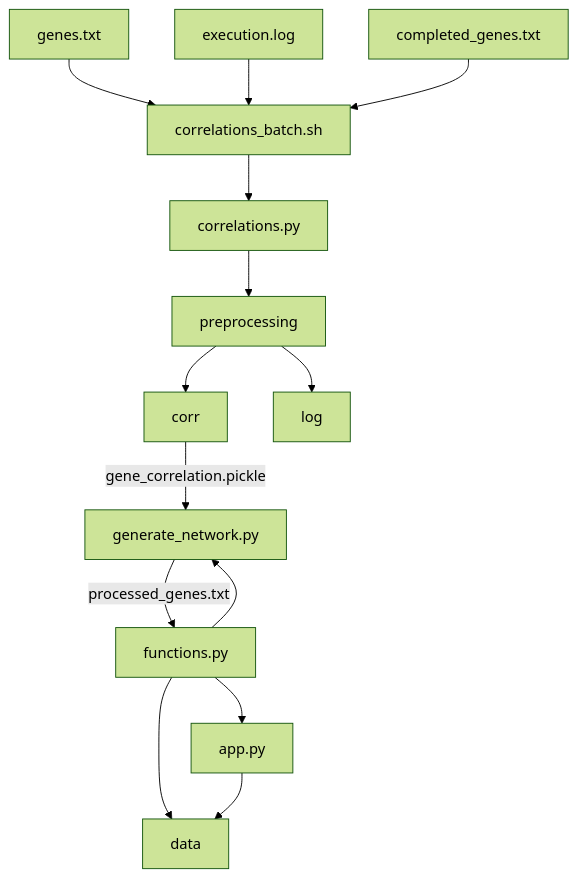
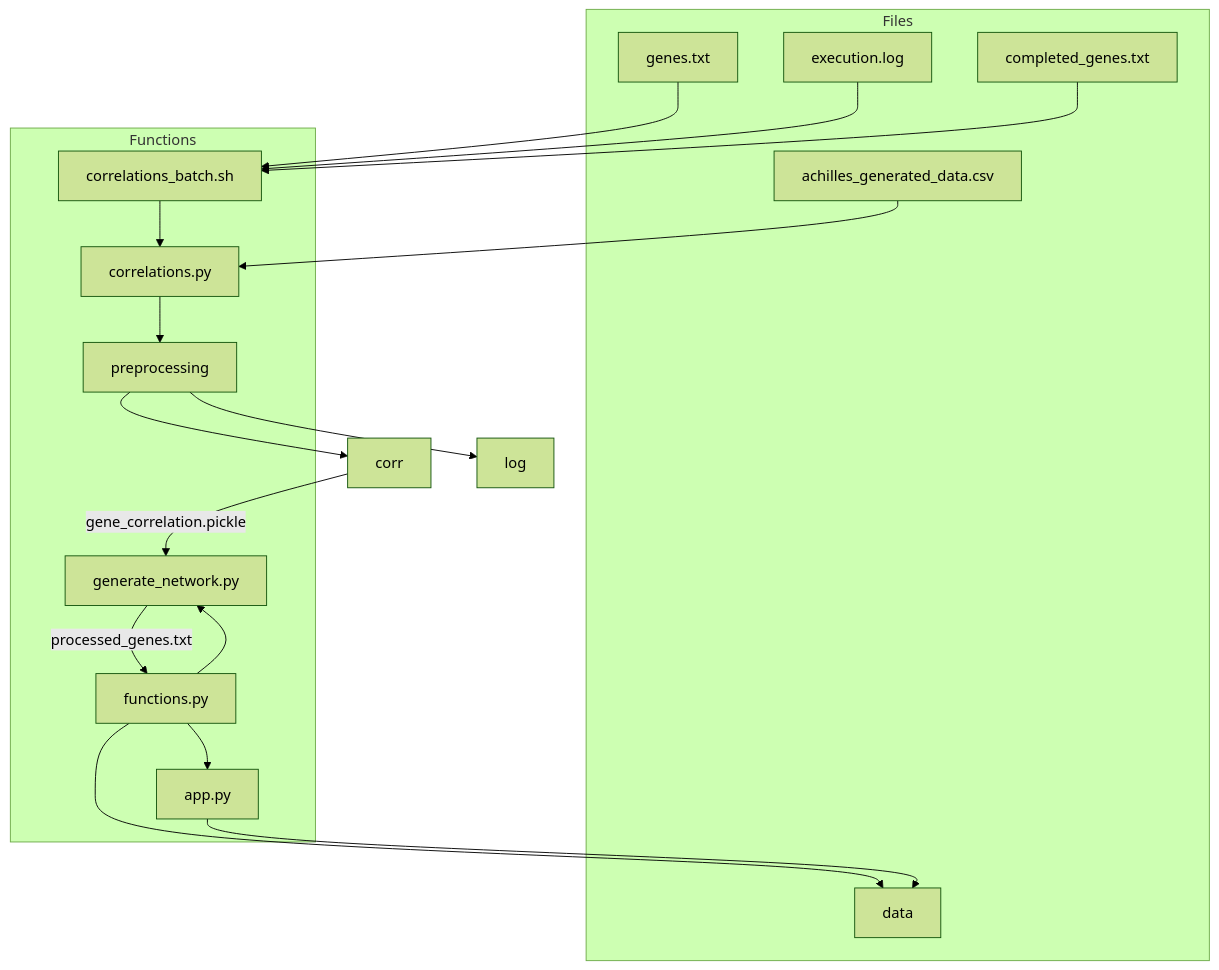
One commit to ntmaseras/GeneInteractionApp changed the diagram in README.md. Above: the diagram before and after it, drawn with Mermaid (forest theme).

````diff
--- a/README.md
+++ b/README.md
@@ -2,28 +2,48 @@
 ```mermaid
 graph TD;
     genes[genes.txt]
     log1[execution.log]
     log2[completed_genes.txt]
+    achilles[achilles_generated_data.csv]
     preprocess[preprocessing]
     corrPy[correlations.py]
     corrSh[correlations_batch.sh]
     data[data]
     function[functions.py]
     net[generate_network.py]
     app[app.py]
 
+    subgraph Files
+    genes
+    log1
+    log2
+    achilles
+    data
+    end
+
+    subgraph Functions
+    corrPy
+    corrSh
+    preprocess
+    function
+    net
+    app
+    end
+
     genes-->corrSh
     log1-->corrSh
     log2-->corrSh
+    achilles-->corrPy
     corrSh-->corrPy
     corrPy-->preprocess
     preprocess-->corr
     preprocess-->log
     corr-- gene_correlation.pickle -->
     net-- processed_genes.txt -->
     function-->app
     function-->net
     function-->data
     app-->data
 
+
 ```
````
